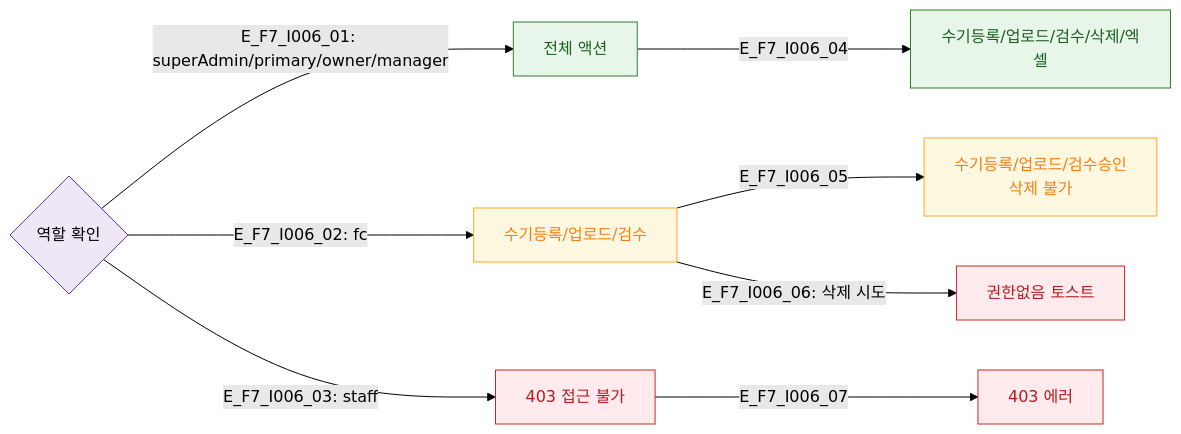
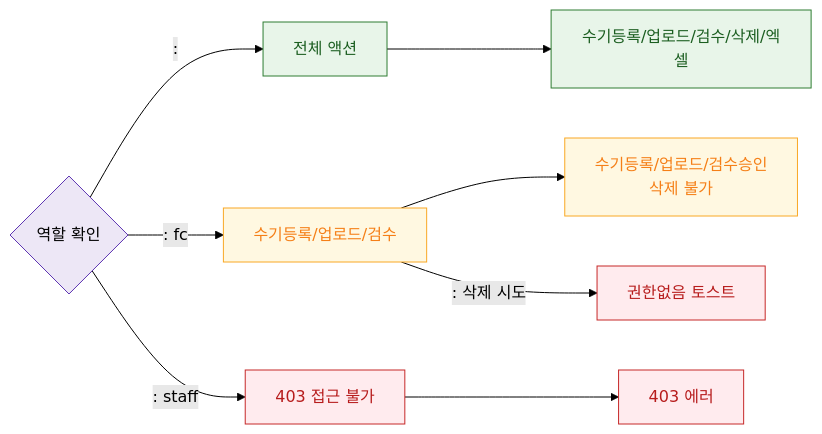
The diagram in docs/다이어그램/D11_통합운영/SCR-I006_체성분통합관리/F7_권한.md (dev-spogym/admin-pando), drawn with Mermaid (forest theme) before and after one commit. The commit also changed other lines of this file and 1660 other files, not shown here.

First line of the commit message:
다이어그램: 기획자/클라이언트 납품본으로 정리

````diff
--- a/docs/다이어그램/D11_통합운영/SCR-I006_체성분통합관리/F7_권한.md
+++ b/docs/다이어그램/D11_통합운영/SCR-I006_체성분통합관리/F7_권한.md
@@ -16,21 +14,21 @@
 ```mermaid
 flowchart LR
     ROLE{역할 확인}
-    ROLE -->|"E_F7_I006_01: superAdmin/primary/owner/manager"| FULL[전체 액션]
-    ROLE -->|"E_F7_I006_02: fc"| FC_ACT[수기등록/업로드/검수]
-    ROLE -->|"E_F7_I006_03: staff"| BLOCKED[403 접근 불가]
+    ROLE -->|": "|FULL[전체 액션]
+    ROLE -->|": fc"|FC_ACT[수기등록/업로드/검수]
+    ROLE -->|": staff"|BLOCKED[403 접근 불가]
 
-    FULL -->|E_F7_I006_04| ACT_ALL[수기등록/업로드/검수/삭제/엑셀]
-    FC_ACT -->|E_F7_I006_05| ACT_FC[수기등록/업로드/검수승인\n삭제 불가]
-    FC_ACT -->|"E_F7_I006_06: 삭제 시도"| TOAST_BLOCKED[권한없음 토스트]
-    BLOCKED -->|E_F7_I006_07| ERR[403 에러]
+    FULL --> ACT_ALL[수기등록/업로드/검수/삭제/엑셀]
+    FC_ACT --> ACT_FC[수기등록/업로드/검수승인\n삭제 불가]
+    FC_ACT -->|": 삭제 시도"|TOAST_BLOCKED[권한없음 토스트]
+    BLOCKED --> ERR[403 에러]
 
-    classDef success      fill:#E8F5E9,stroke:#2E7D32,color:#1B5E20
-    classDef warning      fill:#FFF8E1,stroke:#F9A825,color:#F57F17
-    classDef error        fill:#FFEBEE,stroke:#C62828,color:#B71C1C
-    classDef system       fill:#EDE7F6,stroke:#5E35B2
+    classDef success fill:#E8F5E9,stroke:#2E7D32,color:#1B5E20
+    classDef warning fill:#FFF8E1,stroke:#F9A825,color:#F57F17
+    classDef error fill:#FFEBEE,stroke:#C62828,color:#B71C1C
+    classDef system fill:#EDE7F6,stroke:#5E35B2
     class FULL,ACT_ALL success
     class FC_ACT,ACT_FC warning
     class BLOCKED,ERR,TOAST_BLOCKED error
     class ROLE system
 ```
````
